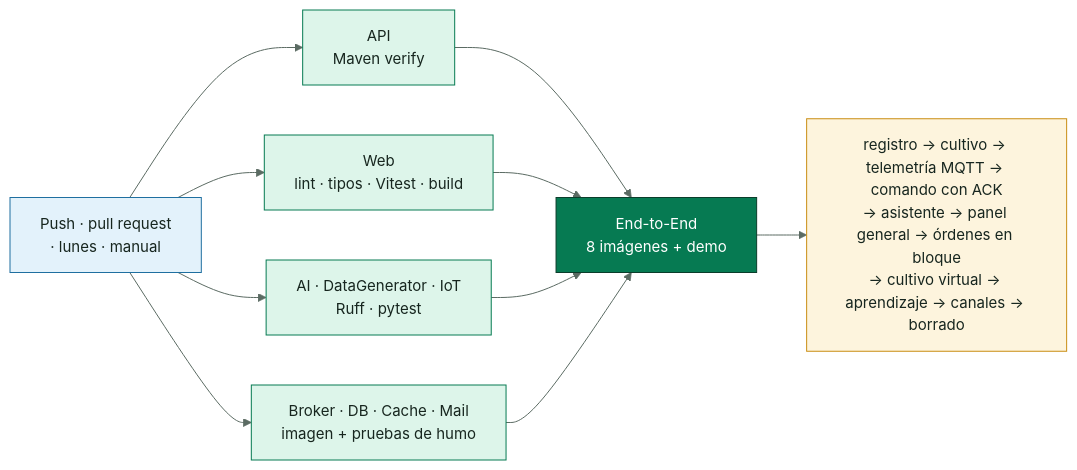
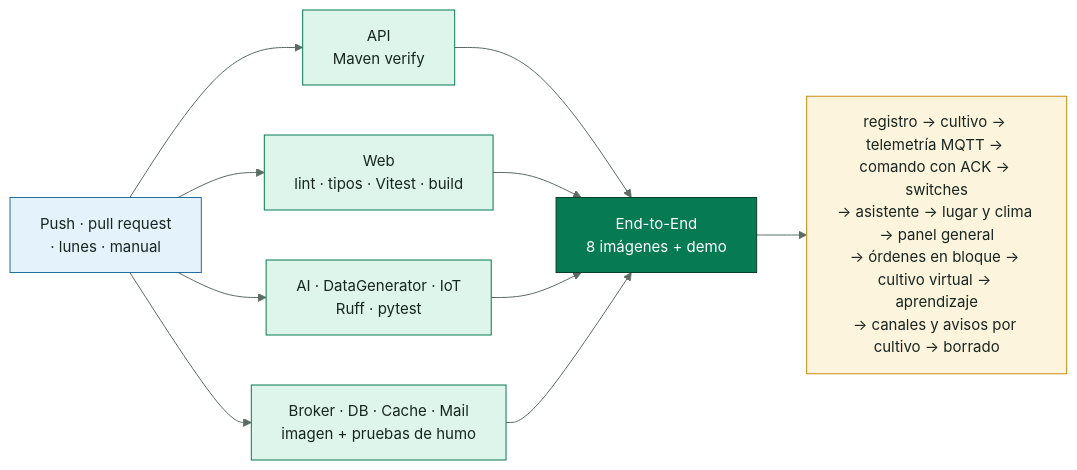
Before and after one commit to SmartPotTech/.github: the diagram in docs/diagrams/SmartPot_08_QA.mmd, drawn with Mermaid.

Commit message:
List switches, placement and crop alerts in the QA flow
The end-to-end run now covers 46 checks.

```diff
--- a/docs/diagrams/SmartPot_08_QA.mmd
+++ b/docs/diagrams/SmartPot_08_QA.mmd
@@ -1,19 +1,19 @@
 %%{init: {"theme": "base", "fontFamily": "Segoe UI, Arial, sans-serif", "themeVariables": {"fontFamily": "Segoe UI, Arial, sans-serif", "fontSize": "15px", "primaryColor": "#DDF5EA", "primaryTextColor": "#17261F", "primaryBorderColor": "#067A52", "secondaryColor": "#E3F2FB", "secondaryTextColor": "#17261F", "secondaryBorderColor": "#1F6FA0", "tertiaryColor": "#F2F7F4", "tertiaryTextColor": "#17261F", "tertiaryBorderColor": "#D5E3DC", "lineColor": "#5B6B63", "textColor": "#17261F", "mainBkg": "#DDF5EA", "nodeBorder": "#067A52", "clusterBkg": "#F7FAF8", "clusterBorder": "#D5E3DC", "edgeLabelBackground": "#FFFFFF", "actorBkg": "#067A52", "actorBorder": "#0B3D2B", "actorTextColor": "#FFFFFF", "actorLineColor": "#5B6B63", "signalColor": "#17261F", "signalTextColor": "#17261F", "labelBoxBkgColor": "#0B3D2B", "labelBoxBorderColor": "#0B3D2B", "labelTextColor": "#FFFFFF", "loopTextColor": "#0B3D2B", "noteBkgColor": "#FDF4DD", "noteBorderColor": "#C98D12", "noteTextColor": "#17261F", "activationBkgColor": "#DDF5EA", "activationBorderColor": "#067A52", "attributeBackgroundColorOdd": "#FFFFFF", "attributeBackgroundColorEven": "#F2F7F4"}}}%%
 flowchart LR
   trigger["Push · pull request<br/>· lunes · manual"] --> api["API<br/>Maven verify"]
   trigger --> web["Web<br/>lint · tipos · Vitest · build"]
   trigger --> py["AI · DataGenerator · IoT<br/>Ruff · pytest"]
   trigger --> ct["Broker · DB · Cache · Mail<br/>imagen + pruebas de humo"]
   api --> e2e["End-to-End<br/>8 imágenes + demo"]
   web --> e2e
   py --> e2e
   ct --> e2e
-  e2e --> flow["registro → cultivo → telemetría MQTT → comando con ACK<br/>→ asistente → panel general → órdenes en bloque<br/>→ cultivo virtual → aprendizaje → canales → borrado"]
+  e2e --> flow["registro → cultivo → telemetría MQTT → comando con ACK → switches<br/>→ asistente → lugar y clima → panel general<br/>→ órdenes en bloque → cultivo virtual → aprendizaje<br/>→ canales y avisos por cultivo → borrado"]
   classDef start fill:#E3F2FB,stroke:#1F6FA0,color:#17261F
   classDef job fill:#DDF5EA,stroke:#067A52,color:#17261F
   classDef final fill:#067A52,stroke:#0B3D2B,color:#FFFFFF
   classDef detail fill:#FDF4DD,stroke:#C98D12,color:#17261F
   class trigger start
   class api,web,py,ct job
   class e2e final
   class flow detail
```
